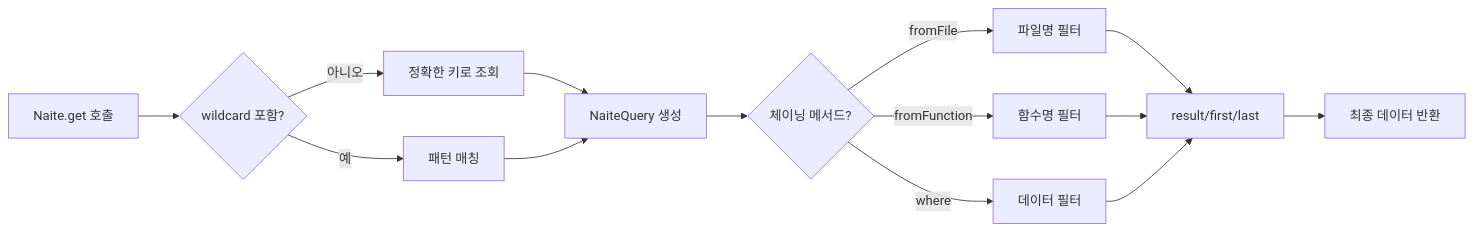
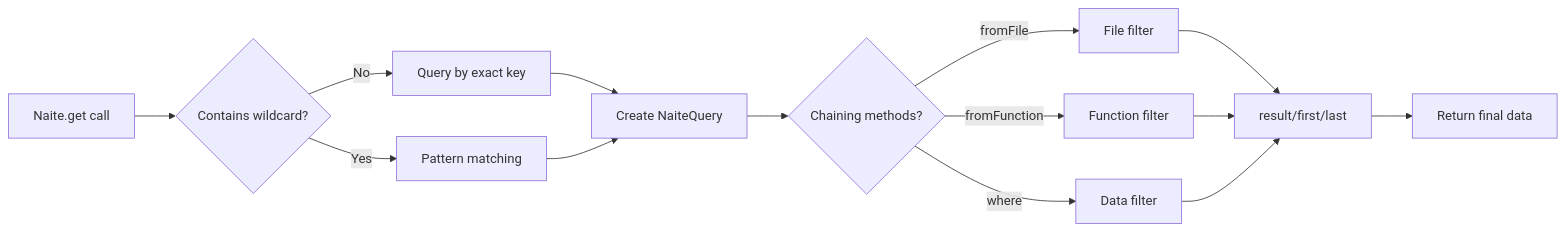
Before and after one commit to cartanova-ai/sonamu: the second of 3 diagrams in modules/docs/en/testing/naite/what-is-naite.mdx, drawn with Mermaid. The commit also changed other lines of this file and 86 other files, not shown here.

````diff
--- a/modules/docs/en/testing/naite/what-is-naite.mdx
+++ b/modules/docs/en/testing/naite/what-is-naite.mdx
@@ -466,16 +466,16 @@
 ```mermaid
 graph LR
-    A[Naite.get 호출] --> B{wildcard 포함?}
-    B -->|아니오| C[정확한 키로 조회]
-    B -->|예| D[패턴 매칭]
-    C --> E[NaiteQuery 생성]
+    A[Naite.get call] --> B{Contains wildcard?}
+    B -->|No| C[Query by exact key]
+    B -->|Yes| D[Pattern matching]
+    C --> E[Create NaiteQuery]
     D --> E
-    E --> F{체이닝 메서드?}
-    F -->|fromFile| G[파일명 필터]
-    F -->|fromFunction| H[함수명 필터]
-    F -->|where| I[데이터 필터]
+    E --> F{Chaining methods?}
+    F -->|fromFile| G[File filter]
+    F -->|fromFunction| H[Function filter]
+    F -->|where| I[Data filter]
     G --> J[result/first/last]
     H --> J
     I --> J
-    J --> K[최종 데이터 반환]
+    J --> K[Return final data]
 ```
````
